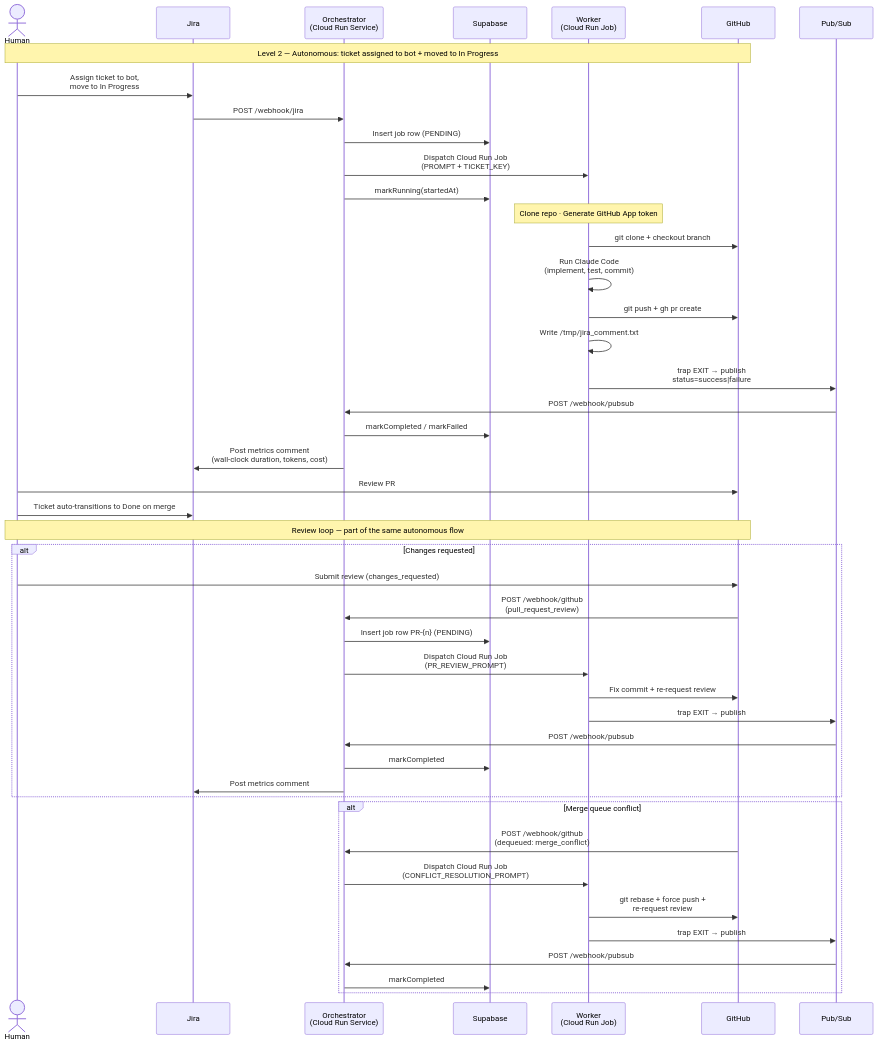
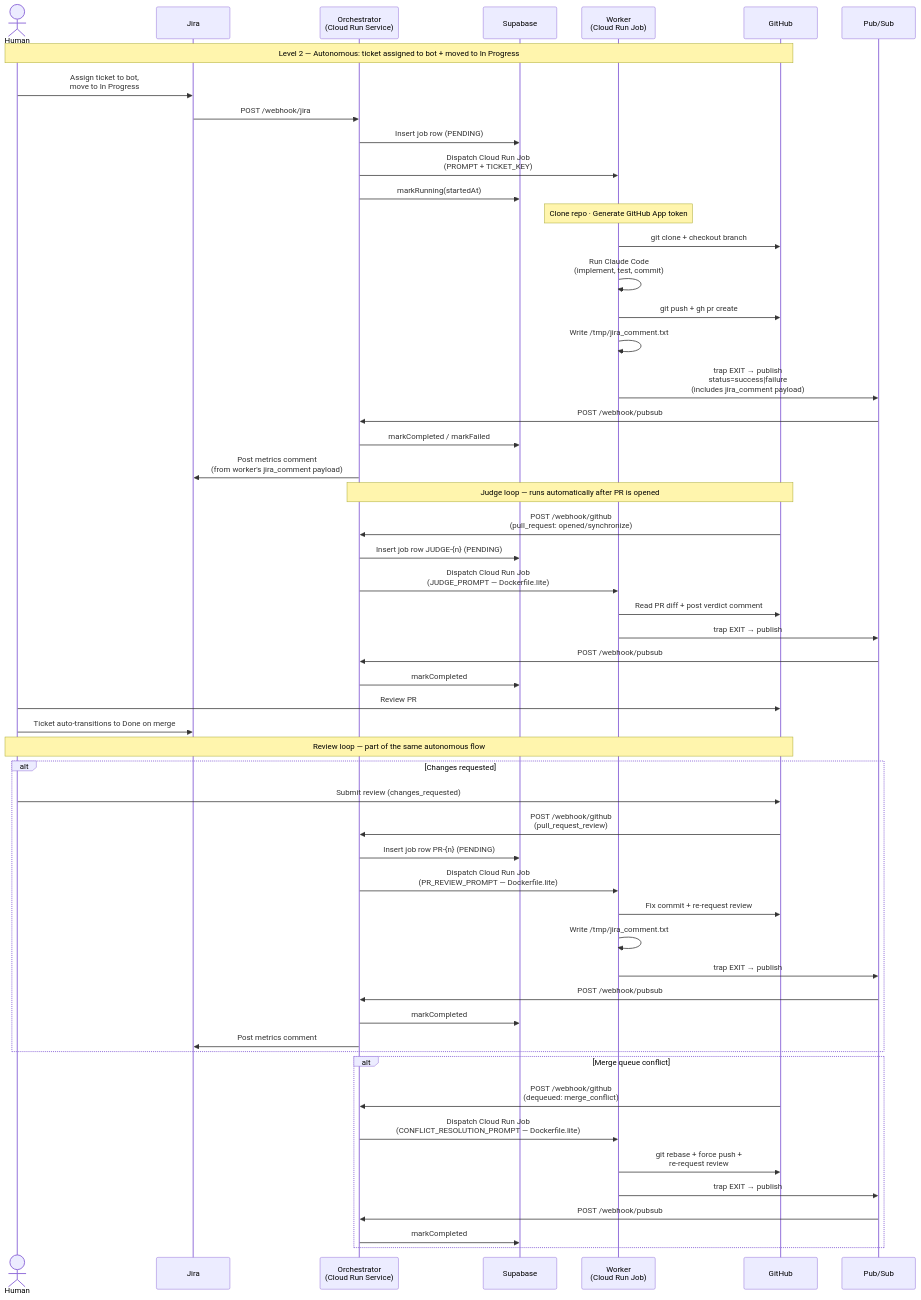
The diagram in docs/diagrams/agent-pipeline.md (MicGon7/media-sage), drawn with Mermaid before and after one commit. The commit also changed other lines of this file and 2 other files, not shown here.

Commit message:
MS-370: Update pipeline diagrams and add app flow diagram

````diff
--- a/docs/diagrams/agent-pipeline.md
+++ b/docs/diagrams/agent-pipeline.md
@@ -7,55 +7,66 @@
 ```mermaid
 sequenceDiagram
     actor Human
     participant Jira
     participant Orchestrator as Orchestrator<br/>(Cloud Run Service)
     participant Supabase
     participant Worker as Worker<br/>(Cloud Run Job)
     participant GitHub
     participant PubSub as Pub/Sub
 
     Note over Human,GitHub: Level 2 — Autonomous: ticket assigned to bot + moved to In Progress
 
     Human->>Jira: Assign ticket to bot,<br/>move to In Progress
     Jira->>Orchestrator: POST /webhook/jira
     Orchestrator->>Supabase: Insert job row (PENDING)
     Orchestrator->>Worker: Dispatch Cloud Run Job<br/>(PROMPT + TICKET_KEY)
     Orchestrator->>Supabase: markRunning(startedAt)
 
     Note over Worker: Clone repo · Generate GitHub App token
     Worker->>GitHub: git clone + checkout branch
     Worker->>Worker: Run Claude Code<br/>(implement, test, commit)
     Worker->>GitHub: git push + gh pr create
     Worker->>Worker: Write /tmp/jira_comment.txt
-    Worker->>PubSub: trap EXIT → publish<br/>status=success|failure
+    Worker->>PubSub: trap EXIT → publish<br/>status=success|failure<br/>(includes jira_comment payload)
 
     PubSub->>Orchestrator: POST /webhook/pubsub
     Orchestrator->>Supabase: markCompleted / markFailed
-    Orchestrator->>Jira: Post metrics comment<br/>(wall-clock duration, tokens, cost)
+    Orchestrator->>Jira: Post metrics comment<br/>(from worker's jira_comment payload)
+
+    Note over Orchestrator,GitHub: Judge loop — runs automatically after PR is opened
+
+    GitHub->>Orchestrator: POST /webhook/github<br/>(pull_request: opened/synchronize)
+    Orchestrator->>Supabase: Insert job row JUDGE-{n} (PENDING)
+    Orchestrator->>Worker: Dispatch Cloud Run Job<br/>(JUDGE_PROMPT — Dockerfile.lite)
+    Worker->>GitHub: Read PR diff + post verdict comment
+    Worker->>PubSub: trap EXIT → publish
+    PubSub->>Orchestrator: POST /webhook/pubsub
+    Orchestrator->>Supabase: markCompleted
 
     Human->>GitHub: Review PR
     Human->>Jira: Ticket auto-transitions to Done on merge
 
     Note over Human,GitHub: Review loop — part of the same autonomous flow
 
     alt Changes requested
         Human->>GitHub: Submit review (changes_requested)
         GitHub->>Orchestrator: POST /webhook/github<br/>(pull_request_review)
         Orchestrator->>Supabase: Insert job row PR-{n} (PENDING)
-        Orchestrator->>Worker: Dispatch Cloud Run Job<br/>(PR_REVIEW_PROMPT)
+        Orchestrator->>Worker: Dispatch Cloud Run Job<br/>(PR_REVIEW_PROMPT — Dockerfile.lite)
         Worker->>GitHub: Fix commit + re-request review
+        Worker->>Worker: Write /tmp/jira_comment.txt
         Worker->>PubSub: trap EXIT → publish
         PubSub->>Orchestrator: POST /webhook/pubsub
         Orchestrator->>Supabase: markCompleted
         Orchestrator->>Jira: Post metrics comment
     end
 
     alt Merge queue conflict
         GitHub->>Orchestrator: POST /webhook/github<br/>(dequeued: merge_conflict)
-        Orchestrator->>Worker: Dispatch Cloud Run Job<br/>(CONFLICT_RESOLUTION_PROMPT)
+        Orchestrator->>Worker: Dispatch Cloud Run Job<br/>(CONFLICT_RESOLUTION_PROMPT — Dockerfile.lite)
         Worker->>GitHub: git rebase + force push +<br/>re-request review
         Worker->>PubSub: trap EXIT → publish
         PubSub->>Orchestrator: POST /webhook/pubsub
         Orchestrator->>Supabase: markCompleted
     end
 ```
````
